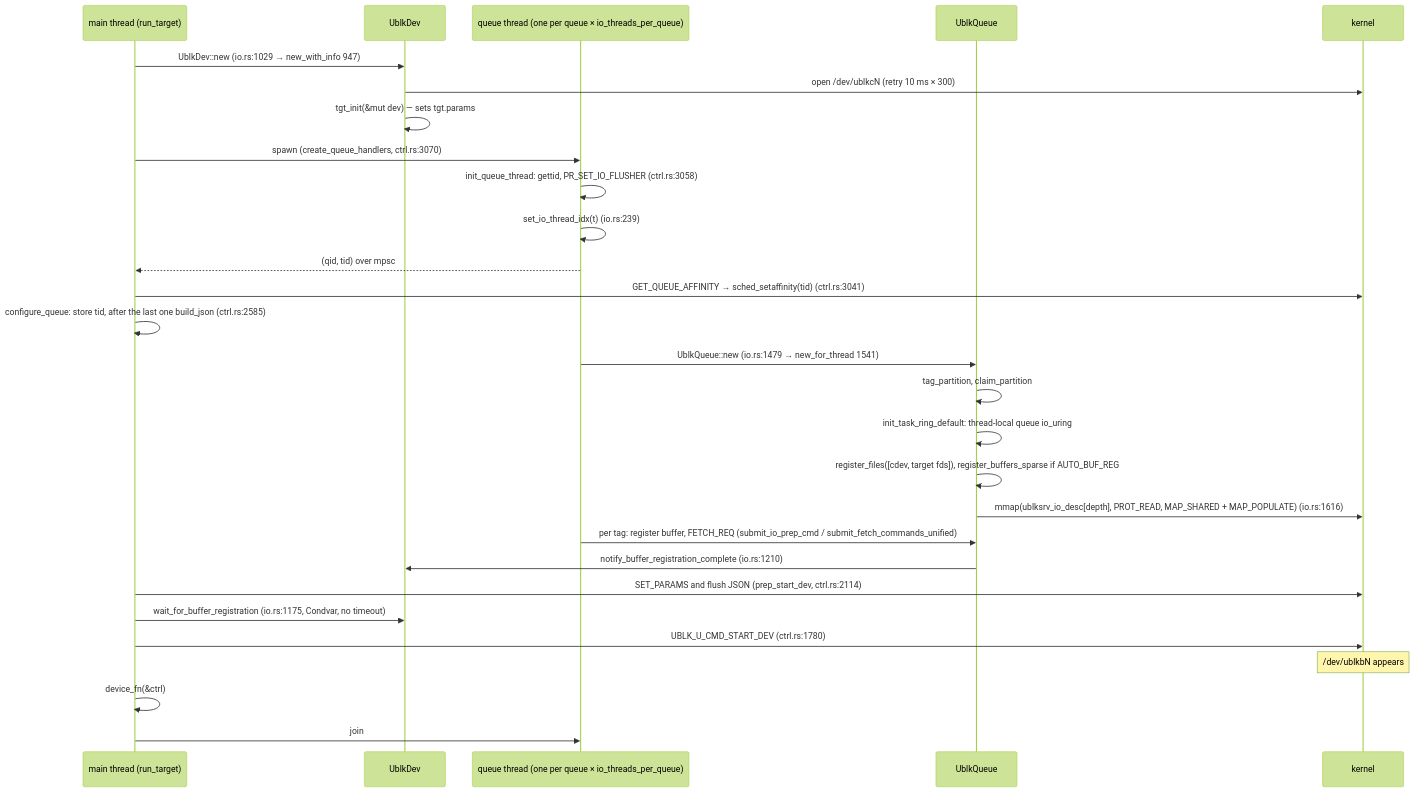
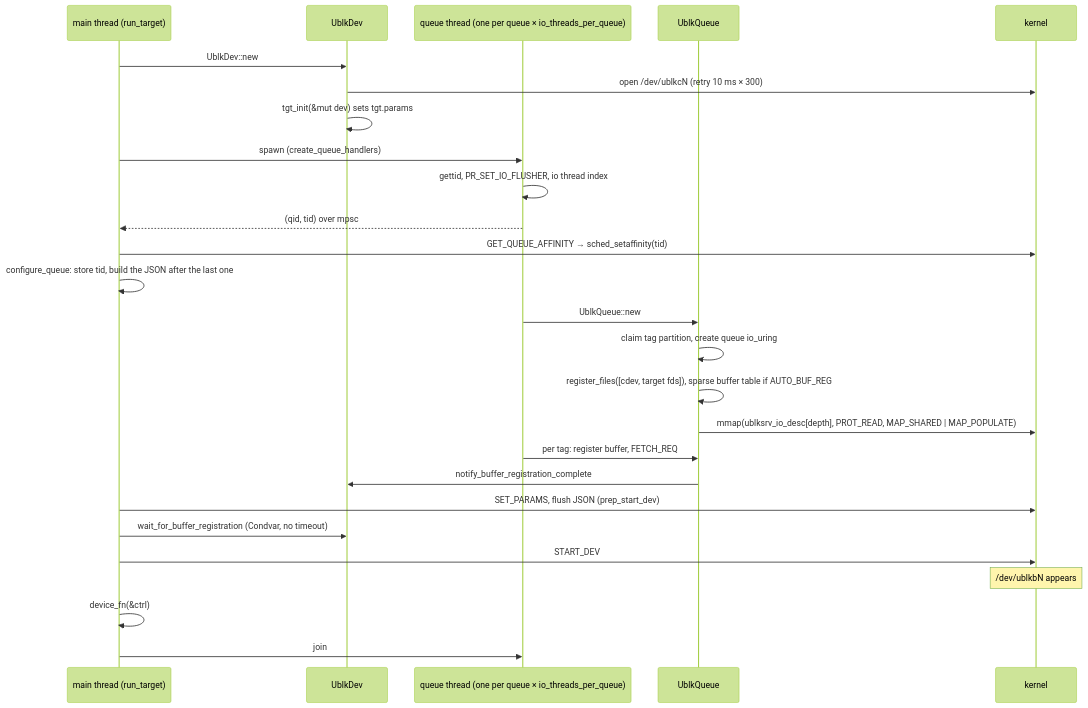
Before and after one commit to ublk-org/libublk-rs: the third of 4 diagrams in docs/framework.md, drawn with Mermaid (forest theme). The commit also changed other lines of this file, not shown here.

````diff
--- a/docs/framework.md
+++ b/docs/framework.md
@@ -355,31 +300,29 @@
 ```mermaid
 sequenceDiagram
     participant M as main thread (run_target)
     participant D as UblkDev
     participant T as queue thread (one per queue × io_threads_per_queue)
     participant Q as UblkQueue
     participant K as kernel
 
-    M->>D: UblkDev::new (io.rs:1029 → new_with_info 947)
+    M->>D: UblkDev::new
     D->>K: open /dev/ublkcN (retry 10 ms × 300)
-    D->>D: tgt_init(&mut dev)  — sets tgt.params
-    M->>T: spawn (create_queue_handlers, ctrl.rs:3070)
-    T->>T: init_queue_thread: gettid, PR_SET_IO_FLUSHER (ctrl.rs:3058)
-    T->>T: set_io_thread_idx(t) (io.rs:239)
+    D->>D: tgt_init(&mut dev) sets tgt.params
+    M->>T: spawn (create_queue_handlers)
+    T->>T: gettid, PR_SET_IO_FLUSHER, io thread index
     T-->>M: (qid, tid) over mpsc
-    M->>K: GET_QUEUE_AFFINITY → sched_setaffinity(tid) (ctrl.rs:3041)
-    M->>M: configure_queue: store tid, after the last one build_json (ctrl.rs:2585)
-    T->>Q: UblkQueue::new (io.rs:1479 → new_for_thread 1541)
-    Q->>Q: tag_partition, claim_partition
-    Q->>Q: init_task_ring_default: thread-local queue io_uring
-    Q->>Q: register_files([cdev, target fds]), register_buffers_sparse if AUTO_BUF_REG
-    Q->>K: mmap(ublksrv_io_desc[depth], PROT_READ, MAP_SHARED + MAP_POPULATE) (io.rs:1616)
-    T->>Q: per tag: register buffer, FETCH_REQ (submit_io_prep_cmd / submit_fetch_commands_unified)
-    Q->>D: notify_buffer_registration_complete (io.rs:1210)
-    M->>K: SET_PARAMS and flush JSON (prep_start_dev, ctrl.rs:2114)
-    M->>D: wait_for_buffer_registration (io.rs:1175, Condvar, no timeout)
-    M->>K: UBLK_U_CMD_START_DEV (ctrl.rs:1780)
+    M->>K: GET_QUEUE_AFFINITY → sched_setaffinity(tid)
+    M->>M: configure_queue: store tid, build the JSON after the last one
+    T->>Q: UblkQueue::new
+    Q->>Q: claim tag partition, create queue io_uring
+    Q->>Q: register_files([cdev, target fds]), sparse buffer table if AUTO_BUF_REG
+    Q->>K: mmap(ublksrv_io_desc[depth], PROT_READ, MAP_SHARED | MAP_POPULATE)
+    T->>Q: per tag: register buffer, FETCH_REQ
+    Q->>D: notify_buffer_registration_complete
+    M->>K: SET_PARAMS, flush JSON (prep_start_dev)
+    M->>D: wait_for_buffer_registration (Condvar, no timeout)
+    M->>K: START_DEV
     Note over K: /dev/ublkbN appears
     M->>M: device_fn(&ctrl)
     M->>T: join
 ```
````
